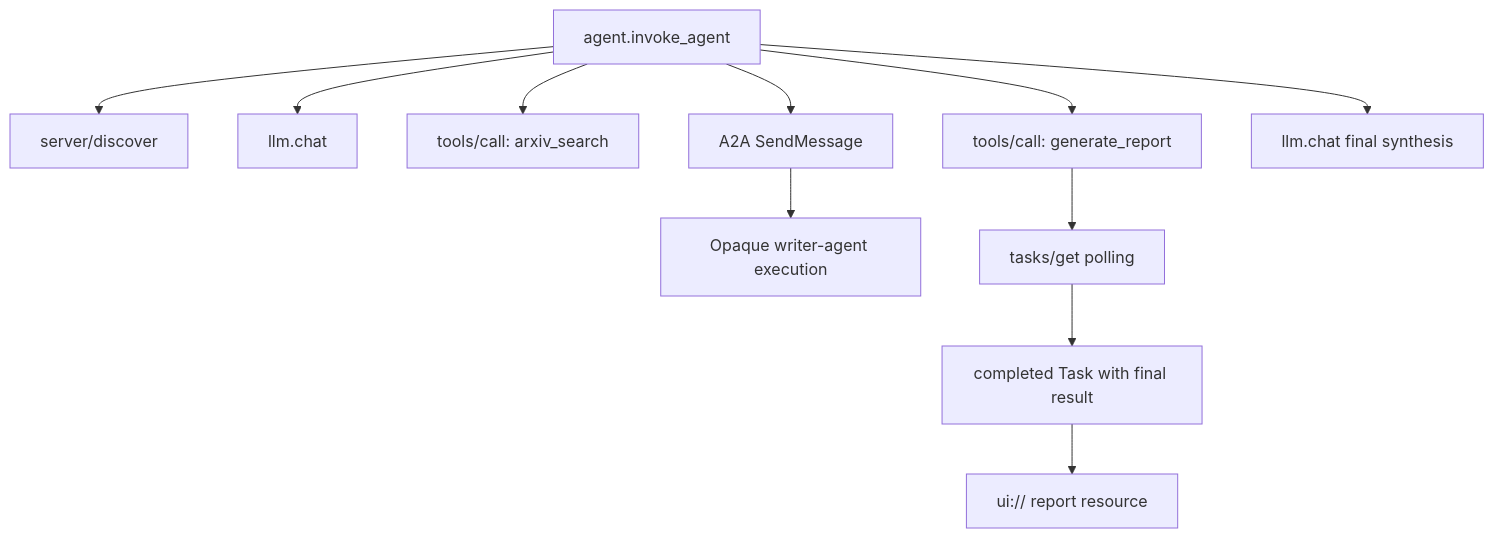
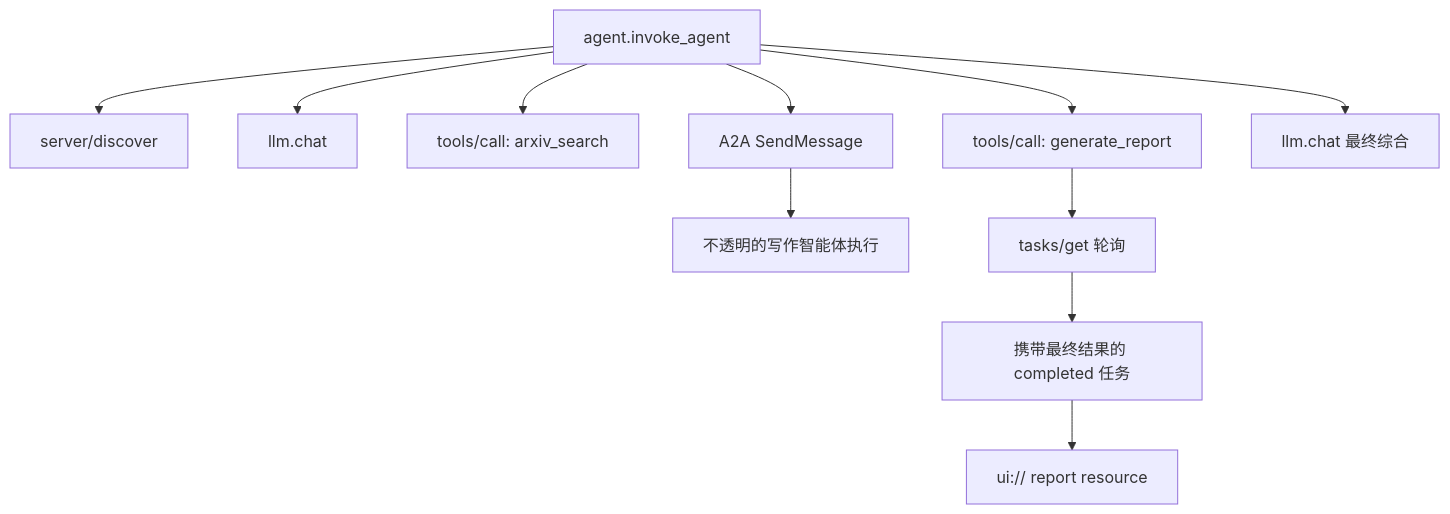
One commit to huangyue12120/Learning-Atlas changed the second of 3 diagrams in content/translations/practice/13-tools-and-protocols/23-capstone-tool-ecosystem/zh.md. Above: the diagram before and after it, drawn with Mermaid. The commit also changed other lines of this file and 718 other files, not shown here.

````diff
--- a/content/translations/practice/13-tools-and-protocols/23-capstone-tool-ecosystem/zh.md
+++ b/content/translations/practice/13-tools-and-protocols/23-capstone-tool-ecosystem/zh.md
@@ -73,13 +73,13 @@
 ```mermaid
 flowchart TD
   I[agent.invoke_agent] --> SD[server/discover]
   I --> L1[llm.chat]
   I --> S[tools/call: arxiv_search]
   I --> D[A2A SendMessage]
-  D --> X[Opaque writer-agent execution]
+  D --> X[不透明的写作智能体执行]
   I --> G[tools/call: generate_report]
-  G --> K[tasks/get polling]
-  K --> V[completed Task with final result]
+  G --> K[tasks/get 轮询]
+  K --> V[携带最终结果的 completed 任务]
   V --> UI[ui:// report resource]
-  I --> L2[llm.chat final synthesis]
+  I --> L2[llm.chat 最终综合]
 ```
````
